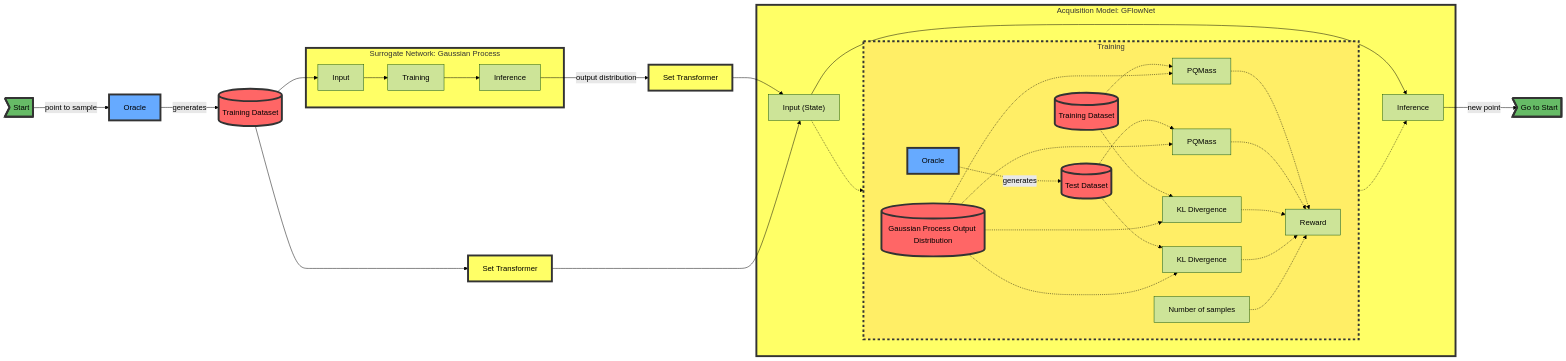
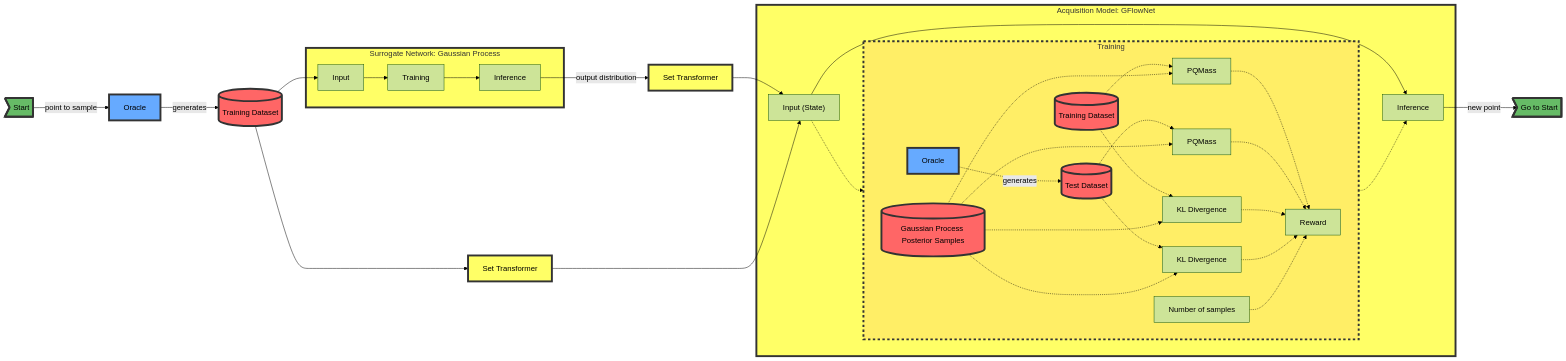
Before and after one commit to etiennecollin/ift4055: the diagram in report/assets/architecture.md, drawn with Mermaid (forest theme). The commit also changed 19 other files, not shown here.

````diff
--- a/report/assets/architecture.md
+++ b/report/assets/architecture.md
@@ -1,64 +1,64 @@
 ```mermaid
 flowchart LR
     init>Start]
     oracle1[Oracle]
     oracle2[Oracle]
     train1[(Training Dataset)]
     train2[(Training Dataset)]
     test[(Test Dataset)]
     goto>Go to Start]
 
     st1[Set Transformer]
     st2[Set Transformer]
 
     subgraph gp[Surrogate Network: Gaussian Process]
         gp_input[Input]
         gp_train[Training]
         gp_inference[Inference]
         gp_input --> gp_train --> gp_inference
     end
 
     subgraph gfn[Acquisition Model: GFlowNet]
         gfn_input["Input (State)"]
         gfn_inference[Inference]
 
         gfn_input --> gfn_inference
         gfn_input -.-> gfn_training -.-> gfn_inference
 
         subgraph gfn_training[Training]
             direction LR
 
-            gfn_gp_output[(Gaussian Process Output Distribution)]
+            gfn_gp_output[(Gaussian Process Posterior Samples)]
             pqm1[PQMass]
             pqm2[PQMass]
             kl1[KL Divergence]
             kl2[KL Divergence]
             n_samples[Number of samples]
             reward[Reward]
 
             train2 -.-> pqm1 & kl1
             oracle2 -.->|generates| test -.-> kl2 & pqm2
             gfn_gp_output -..-> pqm1 & kl1 & pqm2 & kl2
 
             pqm1 & pqm2 & kl1 & kl2 & n_samples -.-> reward
         end
     end
 
 
     init -->|point to sample| oracle1
     oracle1 -->|generates| train1 --> gp_input
     gp_inference -->|output distribution| st1 --> gfn_input
     train1 --> st2 ---> gfn_input
     gfn_inference -->|new point| goto
 
     classDef status fill:#6B6,stroke:#333,stroke-width:4px;
     classDef oracle fill:#6AF,stroke:#333,stroke-width:4px;
     classDef dataset fill:#F66,stroke:#333,stroke-width:4px;
     classDef module fill:#FF6,stroke:#333,stroke-width:4px;
     classDef submodule fill:#FE6,stroke:#333,stroke-width:4px,stroke-dasharray: 5;
     class init,loop,goto status
     class oracle1,oracle2,oracle3 oracle
     class train1,train2,test,gfn_gp_output dataset
     class gp,gfn,st1,st2 module
     class gfn_training submodule
 ```
````
